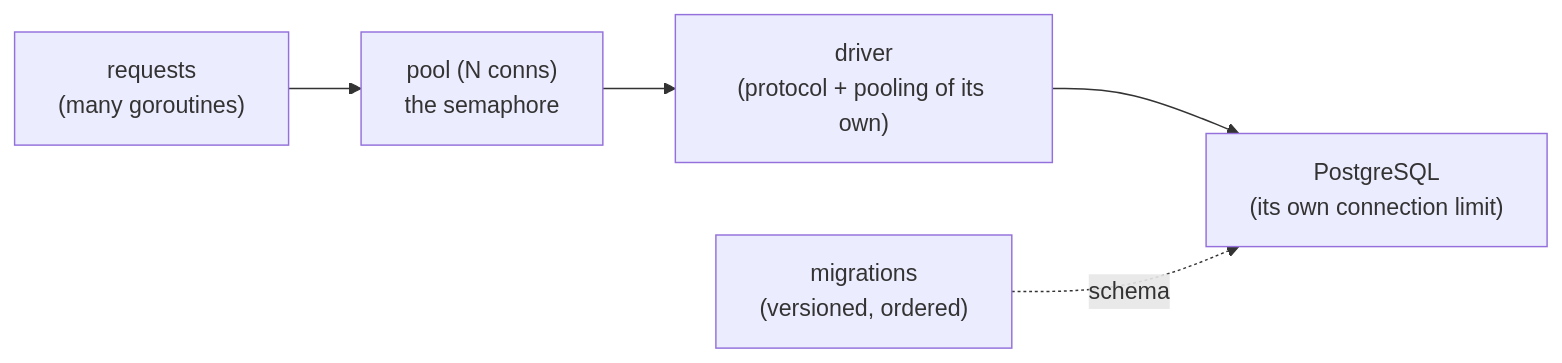
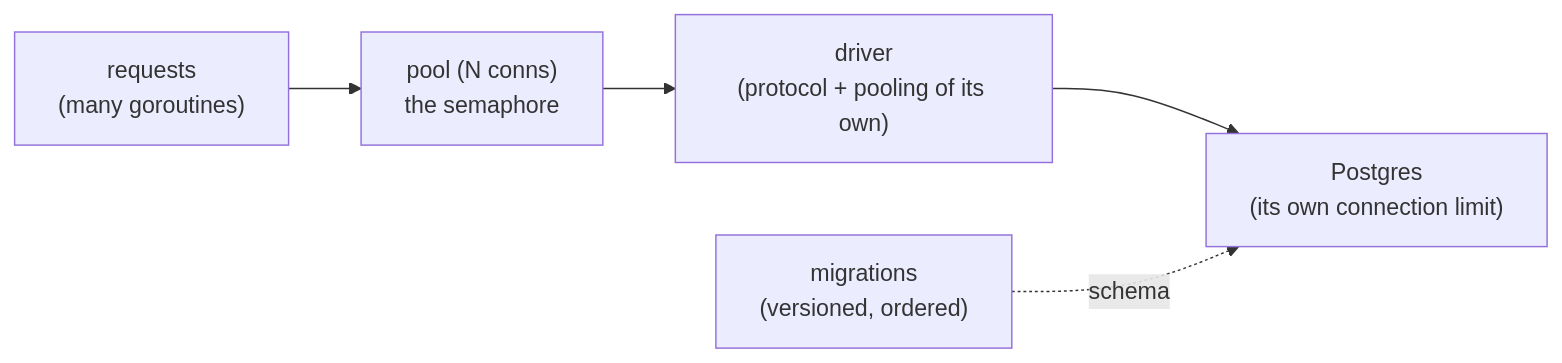
One commit to TharunKumarReddyPolu/Go-Handbook-for-Software-Engineers changed the diagram in 13-databases/03-pooling-drivers-migrations.md. Above: the diagram before and after it, drawn with Mermaid. The commit also changed other lines of this file and 24 other files, not shown here.

````diff
--- a/13-databases/03-pooling-drivers-migrations.md
+++ b/13-databases/03-pooling-drivers-migrations.md
@@ -13,7 +13,7 @@
 ```mermaid
 flowchart LR
     A["requests<br/>(many goroutines)"] --> B["pool (N conns)<br/>the semaphore"]
     B --> C["driver<br/>(protocol + pooling of its own)"]
-    C --> D["PostgreSQL<br/>(its own connection limit)"]
+    C --> D["Postgres<br/>(its own connection limit)"]
     M["migrations<br/>(versioned, ordered)"] -.->|schema| D
 ```
````
